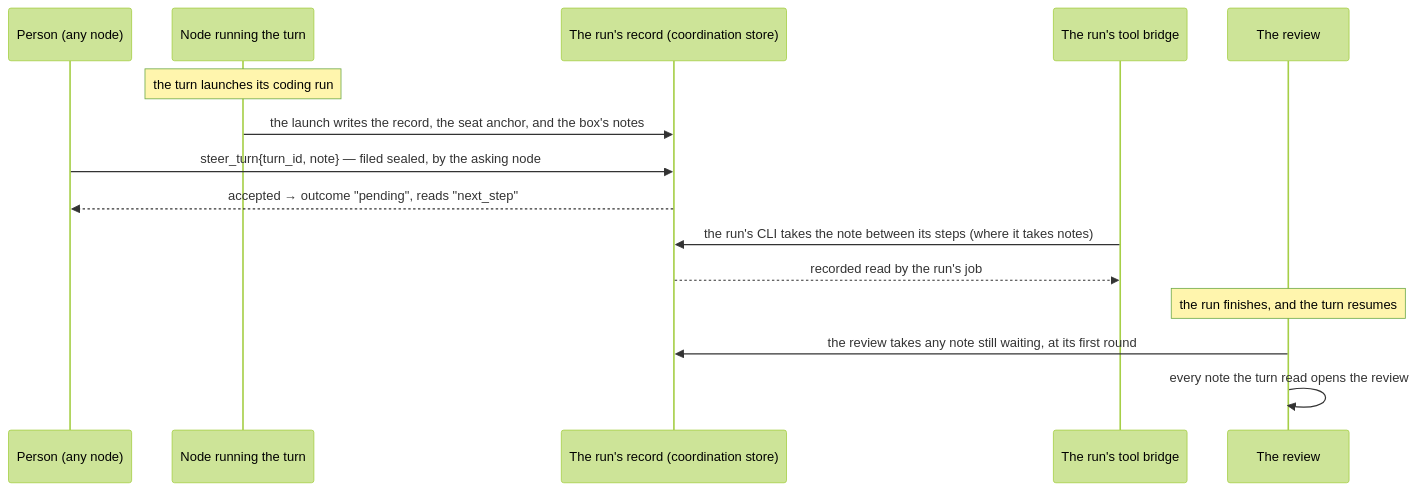
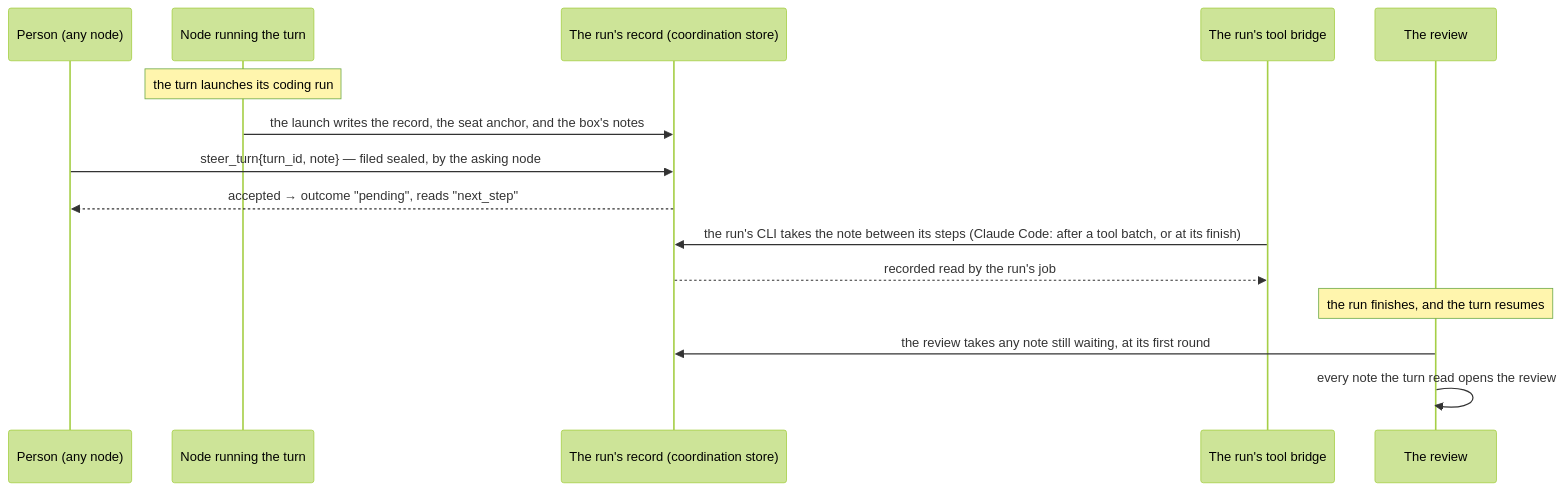
Before and after one commit to crewlet/crewlet: the second of 2 diagrams in docs/concepts/turn-engine.md, drawn with Mermaid (forest theme). The commit also changed other lines of this file and 31 other files, not shown here.

First line of the commit message:
feat(sandbox): read a note into a Claude Code run between its steps

````diff
--- a/docs/concepts/turn-engine.md
+++ b/docs/concepts/turn-engine.md
@@ -756,17 +756,17 @@
 ```mermaid
 sequenceDiagram
     participant P as Person (any node)
     participant N as Node running the turn
     participant C as The run's record (coordination store)
     participant B as The run's tool bridge
     participant R as The review
     Note over N: the turn launches its coding run
     N->>C: the launch writes the record, the seat anchor, and the box's notes
     P->>C: steer_turn{turn_id, note} — filed sealed, by the asking node
     C-->>P: accepted → outcome "pending", reads "next_step"
-    B->>C: the run's CLI takes the note between its steps (where it takes notes)
+    B->>C: the run's CLI takes the note between its steps (Claude Code: after a tool batch, or at its finish)
     C-->>B: recorded read by the run's job
     Note over R: the run finishes, and the turn resumes
     R->>C: the review takes any note still waiting, at its first round
     R->>R: every note the turn read opens the review
 ```
````
